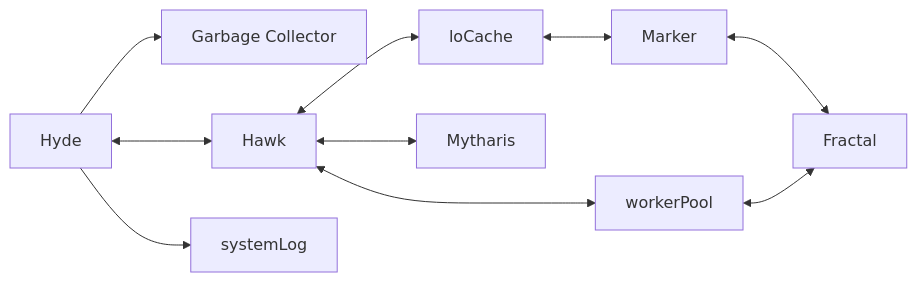
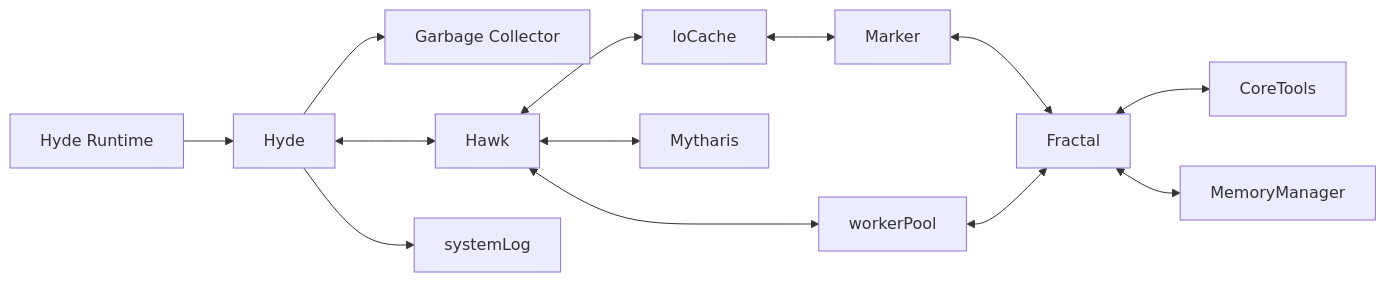
One commit to skirexwastaken/Hyde changed the diagram in README.md. Above: the diagram before and after it, drawn with Mermaid. The commit also changed other lines of this file, not shown here.

````diff
--- a/README.md
+++ b/README.md
@@ -19,27 +19,36 @@
 ```mermaid
 graph LR
 
 A[Hyde]
 B[Garbage Collector]
 C[Hawk]
 D[loCache]
 E[Mytharis]
 F[workerPool]
 G[Fractal]
 H[Marker]
 I[systemLog]
+J[CoreTools]
+K[MemoryManager]
+L[Hyde Runtime]
+
+L --> A
 
 A --> B
 A <--> C
 A --> I
 
 C <--> D
 C <--> E
 C <--> F
 
 D <--> H
 
 H <--> G
 
 F <--> G
+
+G <--> J
+G <-->  K
+
 ```
````
